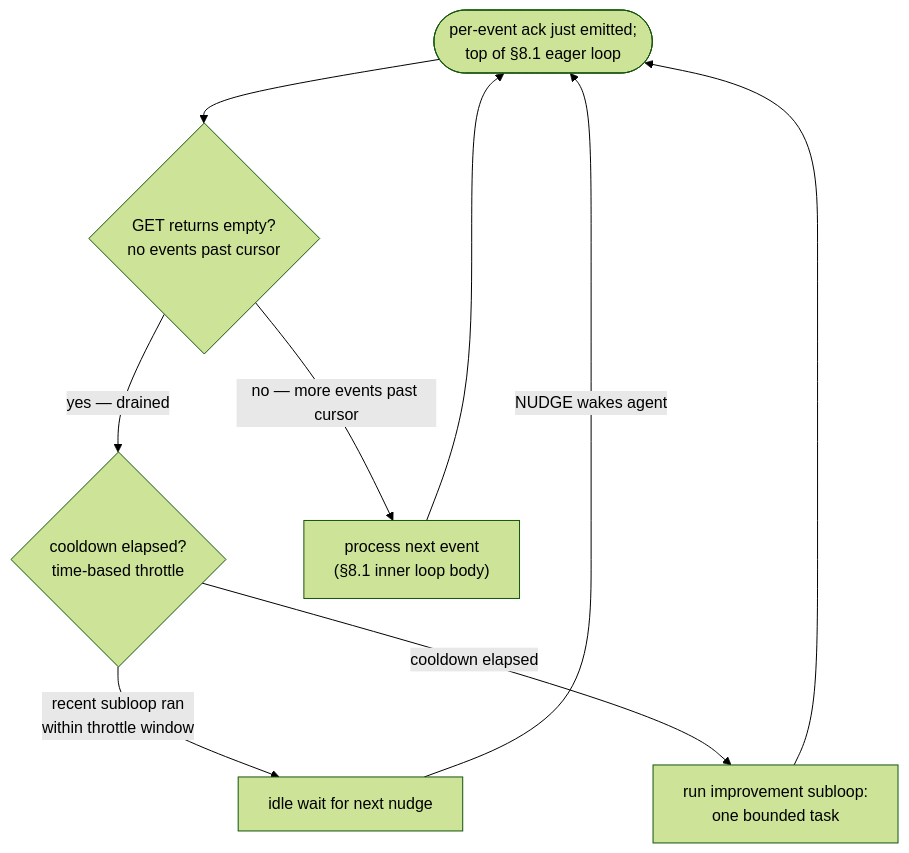
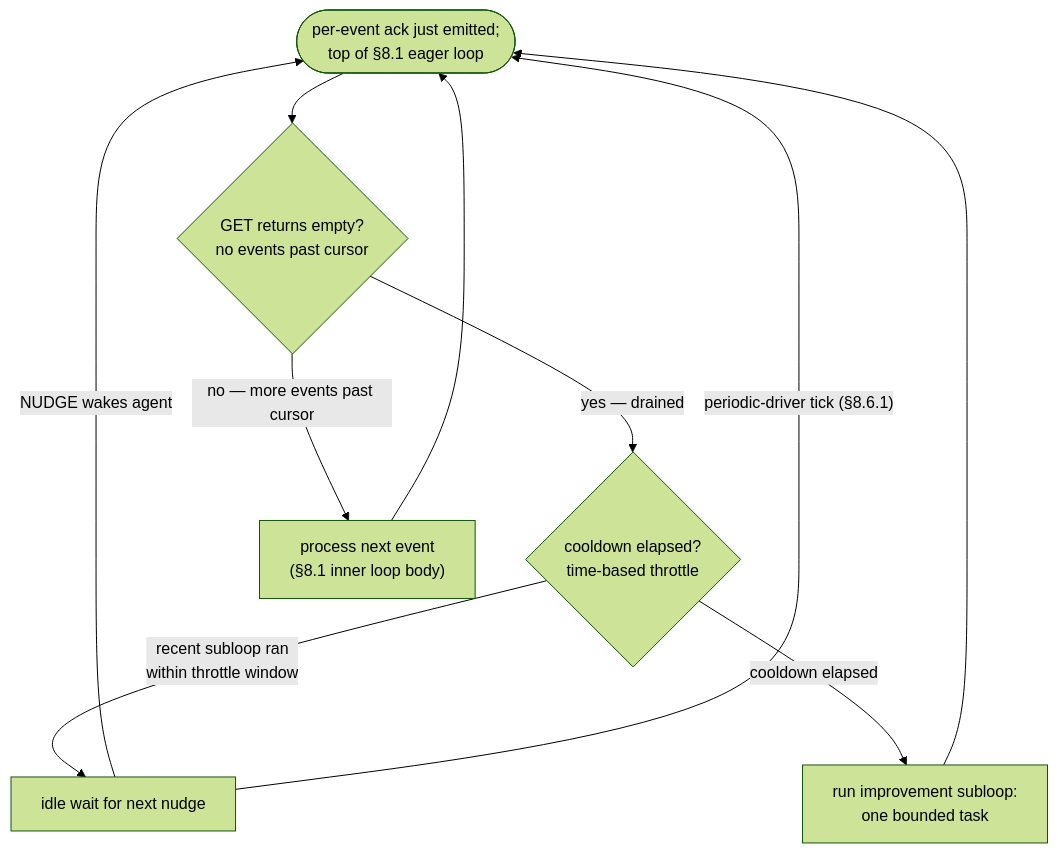
Diagram 14 of 15 in docs/AGENT-RUNTIME.md (WallyDoodlez/SquidSquad), drawn with Mermaid (forest theme) before and after one commit. The commit also changed other lines of this file, not shown here.

First line of the commit message:
docs(#12506): AGENT-RUNTIME §8.6.1 — event-mode periodic driver for the idle subloop

````diff
--- a/docs/AGENT-RUNTIME.md
+++ b/docs/AGENT-RUNTIME.md
@@ -1072,18 +1072,19 @@
 ```mermaid
 flowchart TD
     Start(["per-event ack just emitted;<br/>top of §8.1 eager loop"])
     QEmpty{"GET returns empty?<br/>no events past cursor"}
     Throttle{"cooldown elapsed?<br/>time-based throttle"}
     Subloop["run improvement subloop:<br/>one bounded task"]
     Idle["idle wait for next nudge"]
     Process["process next event<br/>(§8.1 inner loop body)"]
 
     Start --> QEmpty
     QEmpty -->|"no — more events past cursor"| Process
     Process --> Start
     QEmpty -->|"yes — drained"| Throttle
     Throttle -->|"recent subloop ran<br/>within throttle window"| Idle
     Throttle -->|"cooldown elapsed"| Subloop
     Subloop --> Start
     Idle -->|"NUDGE wakes agent"| Start
+    Idle -->|"periodic-driver tick (§8.6.1)"| Start
 ```
````
